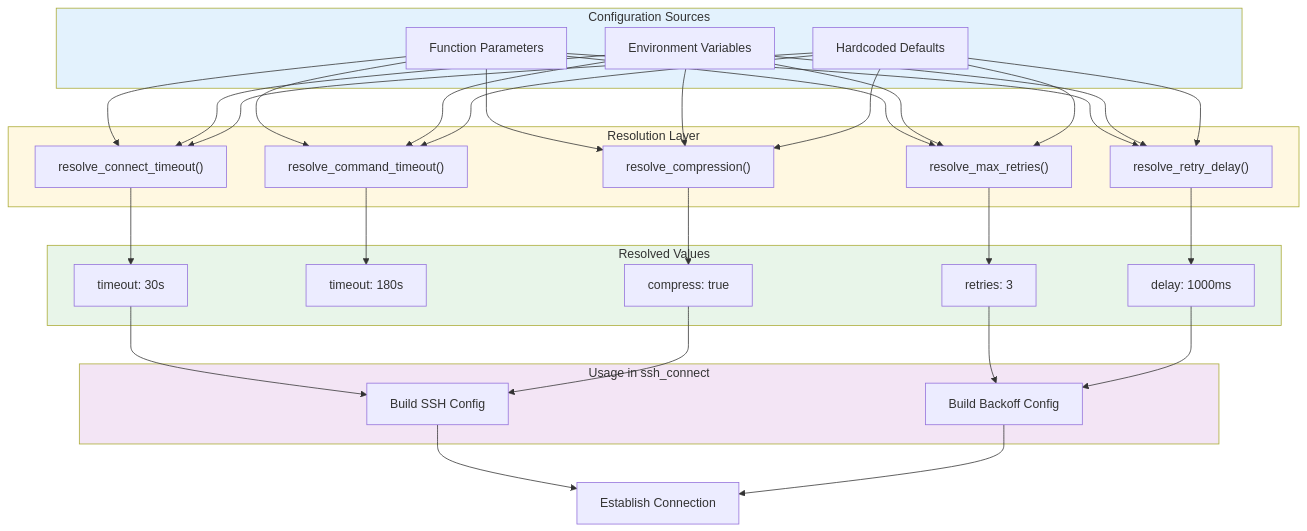
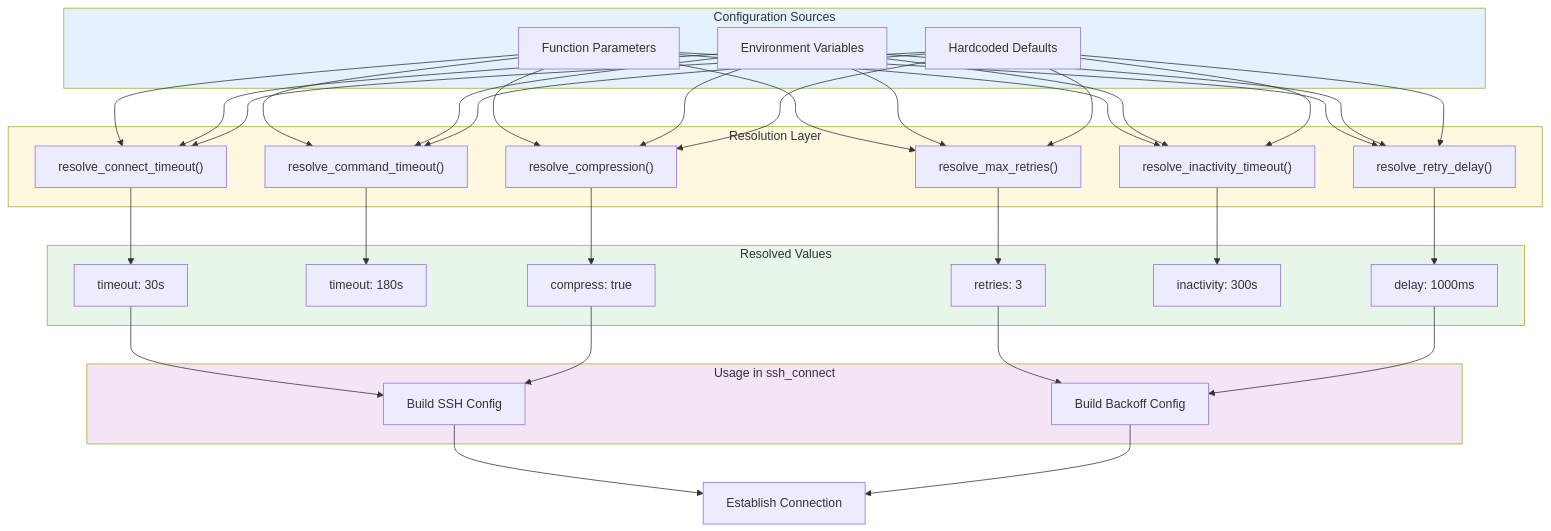
One commit to farchanjo/ssh-mcp changed the fourth of 4 diagrams in docs/CONFIGURATION.md. Above: the diagram before and after it, drawn with Mermaid. The commit also changed other lines of this file and 6 other files, not shown here.

````diff
--- a/docs/CONFIGURATION.md
+++ b/docs/CONFIGURATION.md
@@ -791,63 +808,69 @@
 ```mermaid
 flowchart TB
     subgraph Sources["Configuration Sources"]
         Param["Function Parameters"]
         Env["Environment Variables"]
         Default["Hardcoded Defaults"]
     end
 
     subgraph Resolution["Resolution Layer"]
         ResolveConnect["resolve_connect_timeout()"]
         ResolveCommand["resolve_command_timeout()"]
         ResolveRetries["resolve_max_retries()"]
         ResolveDelay["resolve_retry_delay()"]
+        ResolveInactivity["resolve_inactivity_timeout()"]
         ResolveCompress["resolve_compression()"]
     end
 
     subgraph Values["Resolved Values"]
         TimeoutConnect["timeout: 30s"]
         TimeoutCommand["timeout: 180s"]
         MaxRetries["retries: 3"]
         RetryDelay["delay: 1000ms"]
+        Inactivity["inactivity: 300s"]
         Compression["compress: true"]
     end
 
     Param --> ResolveConnect
     Param --> ResolveCommand
     Param --> ResolveRetries
     Param --> ResolveDelay
+    Param --> ResolveInactivity
     Param --> ResolveCompress
 
     Env --> ResolveConnect
     Env --> ResolveCommand
     Env --> ResolveRetries
     Env --> ResolveDelay
+    Env --> ResolveInactivity
     Env --> ResolveCompress
 
     Default --> ResolveConnect
     Default --> ResolveCommand
     Default --> ResolveRetries
     Default --> ResolveDelay
+    Default --> ResolveInactivity
     Default --> ResolveCompress
 
     ResolveConnect --> TimeoutConnect
     ResolveCommand --> TimeoutCommand
     ResolveRetries --> MaxRetries
     ResolveDelay --> RetryDelay
+    ResolveInactivity --> Inactivity
     ResolveCompress --> Compression
 
     subgraph Usage["Usage in ssh_connect"]
         TimeoutConnect --> BuildConfig["Build SSH Config"]
         Compression --> BuildConfig
         MaxRetries --> BackoffConfig["Build Backoff Config"]
         RetryDelay --> BackoffConfig
     end
 
     BuildConfig --> Connect["Establish Connection"]
     BackoffConfig --> Connect
 
     style Sources fill:#e3f2fd
     style Resolution fill:#fff8e1
     style Values fill:#e8f5e9
     style Usage fill:#f3e5f5
 ```
````
